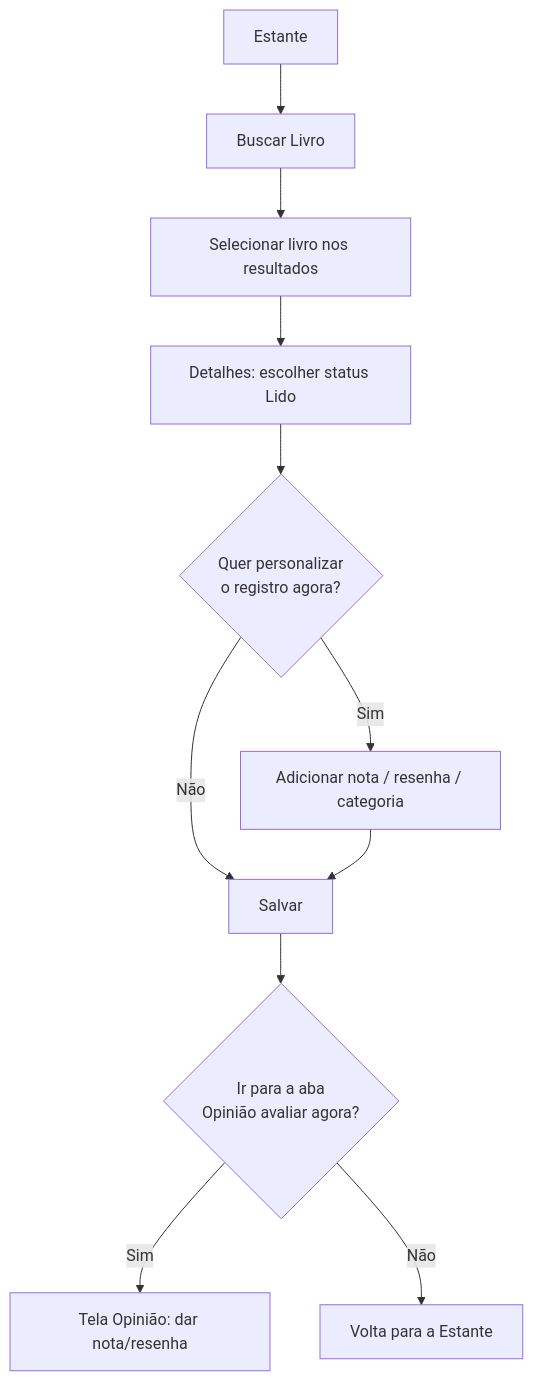
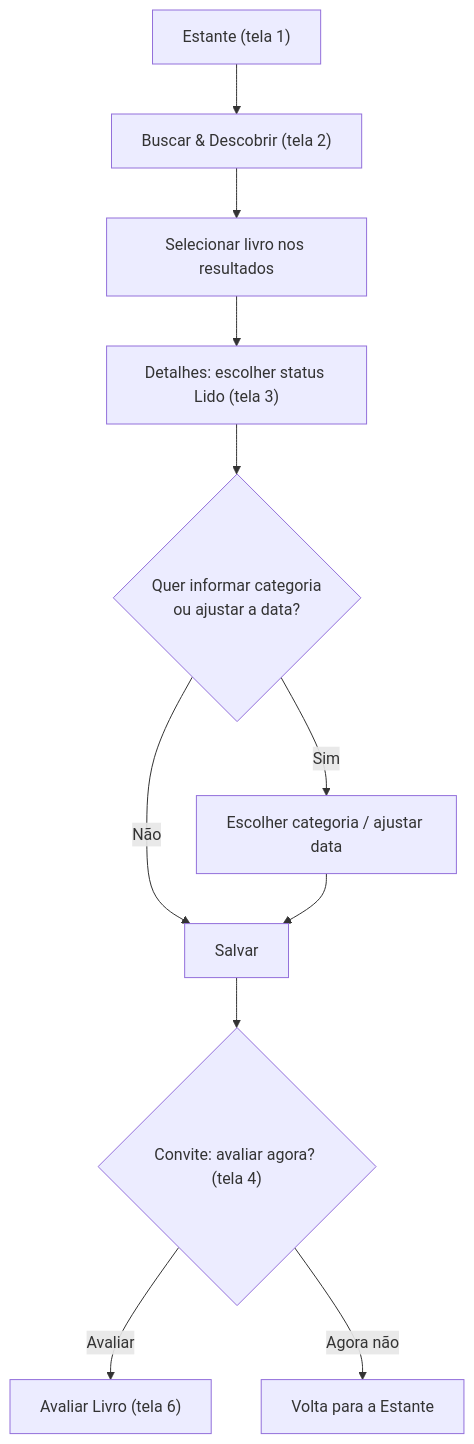
The second of 5 diagrams in docs/8_arquitetura_fluxo.md (monyseandra/app-leitura), drawn with Mermaid before and after one commit. The commit also changed other lines of this file, not shown here.

````diff
--- a/docs/8_arquitetura_fluxo.md
+++ b/docs/8_arquitetura_fluxo.md
@@ -54,13 +90,13 @@
 ```mermaid
 graph TD
-    A[Estante] --> B[Buscar Livro]
-    B --> C[Selecionar livro nos resultados]
-    C --> D[Detalhes: escolher status Lido]
-    D --> E{Quer personalizar<br/>o registro agora?}
-    E -- Não --> F[Salvar]
-    E -- Sim --> G[Adicionar nota / resenha / categoria]
+    A["Estante (tela 1)"] --> B["Buscar & Descobrir (tela 2)"]
+    B --> C["Selecionar livro nos resultados"]
+    C --> D["Detalhes: escolher status Lido (tela 3)"]
+    D --> E{"Quer informar categoria<br/>ou ajustar a data?"}
+    E -- Não --> F["Salvar"]
+    E -- Sim --> G["Escolher categoria / ajustar data"]
     G --> F
-    F --> H{Ir para a aba<br/>Opinião avaliar agora?}
-    H -- Sim --> I[Tela Opinião: dar nota/resenha]
-    H -- Não --> J[Volta para a Estante]
+    F --> H{"Convite: avaliar agora? (tela 4)"}
+    H -- Avaliar --> I["Avaliar Livro (tela 6)"]
+    H -- Agora não --> J["Volta para a Estante"]
 ```
````
